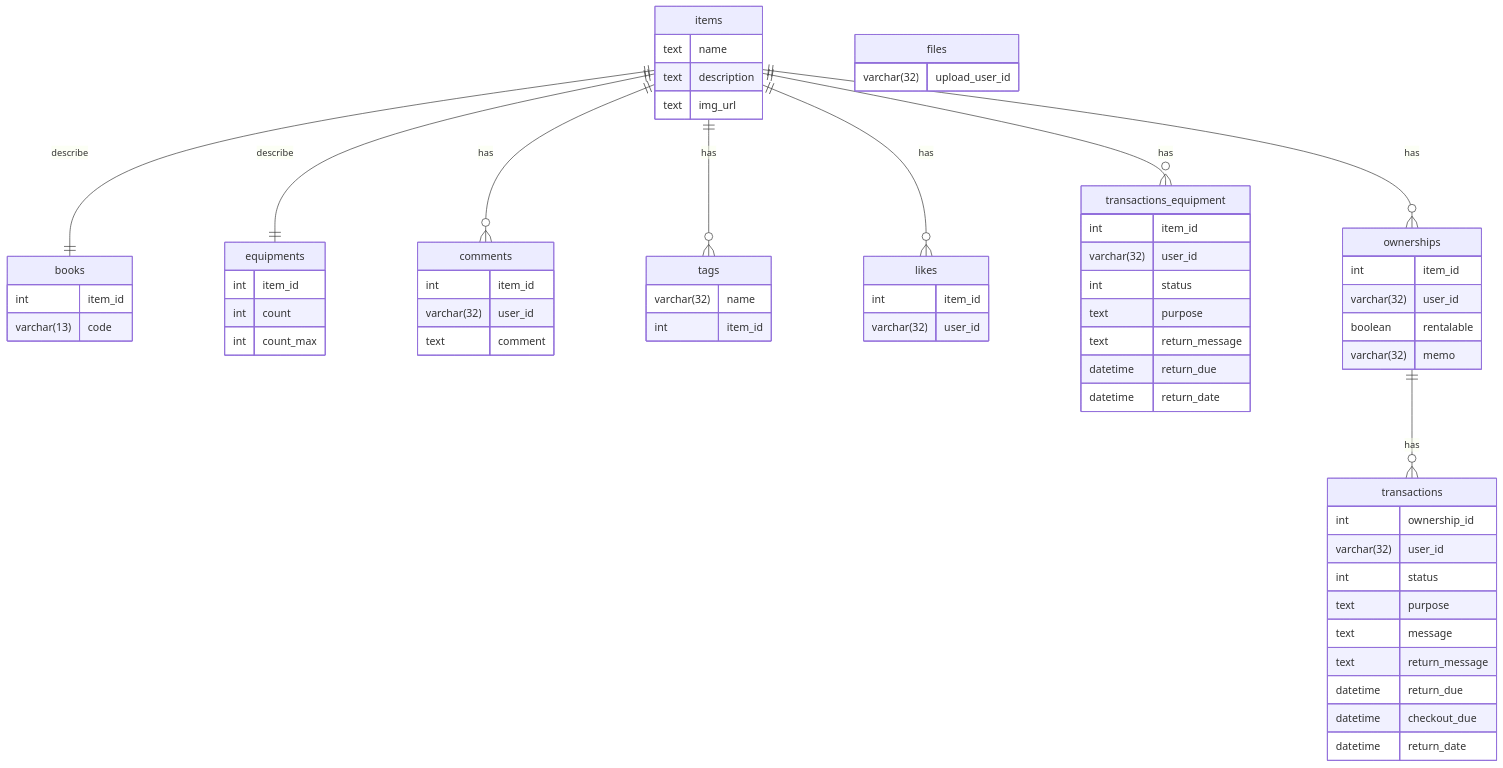
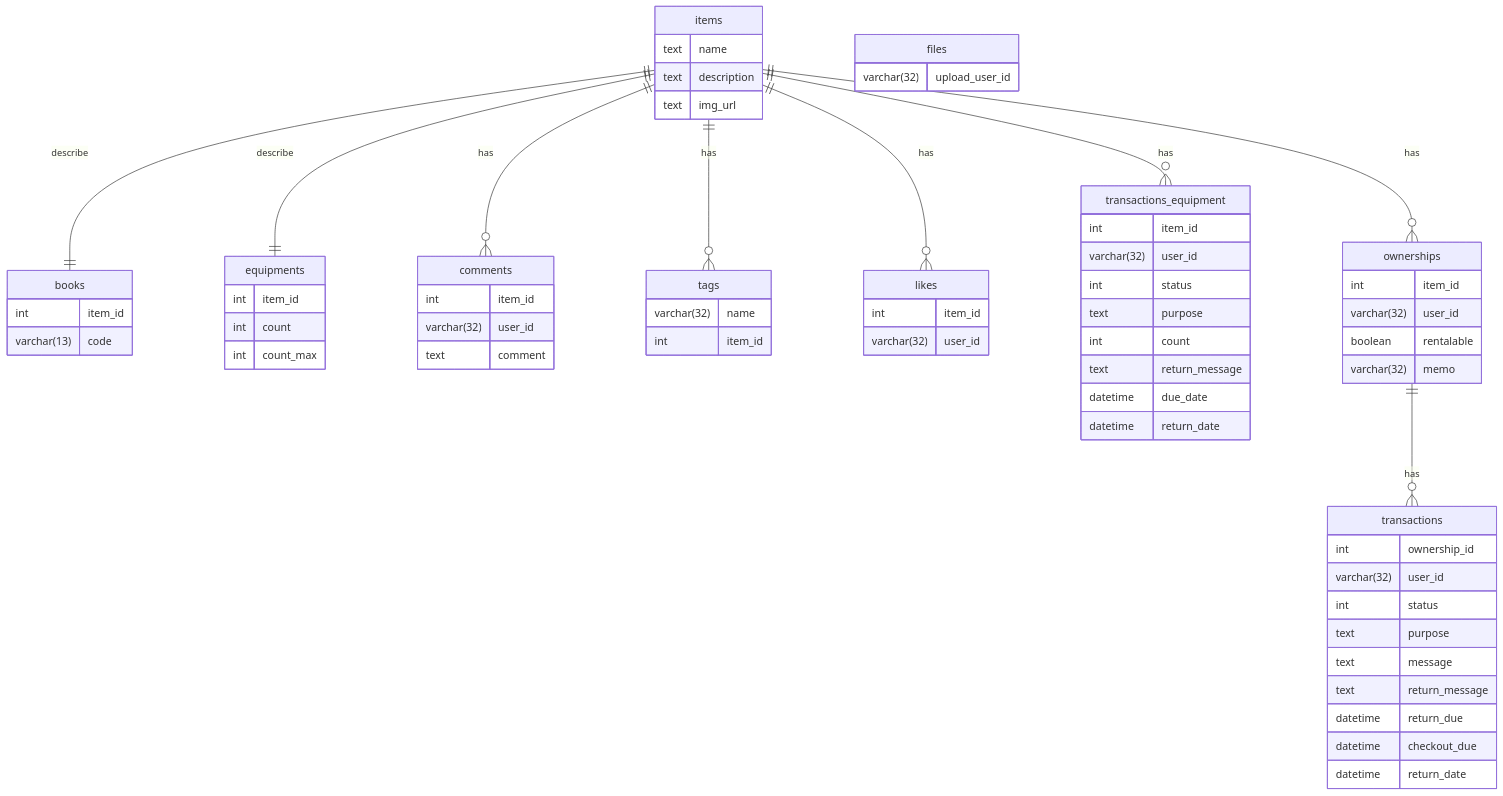
The diagram in docs/schema.md (traPtitech/booQ-v3), drawn with Mermaid before and after one commit. The commit also changed other lines of this file and 1 other file, not shown here.

````diff
--- a/docs/schema.md
+++ b/docs/schema.md
@@ -3,68 +3,69 @@
 ```mermaid
 erDiagram  
   items {
 	text name
 	text description
 	text img_url
   }
   books {
 	int item_id
 	varchar(13) code
   }
   equipments {
 	int item_id
 	int count
 	int count_max
   }
   comments {
 	int item_id
 	varchar(32) user_id
 	text comment
   }
   files {
 	varchar(32) upload_user_id
   }
   tags {
 	varchar(32) name
 	int item_id
   }
   likes {
 	int item_id
 	varchar(32) user_id
   }
   transactions {
 	int ownership_id
 	varchar(32) user_id
 	int status
 	text purpose
 	text message
 	text return_message
 	datetime return_due
 	datetime checkout_due
 	datetime return_date
   }
   transactions_equipment {
 	int item_id
 	varchar(32) user_id
 	int status
 	text purpose
+	int count
 	text return_message
-	datetime return_due
+	datetime due_date
 	datetime return_date
   }
   ownerships {
 	int item_id
 	varchar(32) user_id
 	boolean rentalable
 	varchar(32) memo
   }
   
   items||--||books : describe
   items||--||equipments : describe
   items||--o{comments : has
   items||--o{tags : has
   items||--o{likes : has
   items||--o{ownerships : has
   items||--o{transactions_equipment : has
   ownerships||--o{transactions : has
 ```
````
